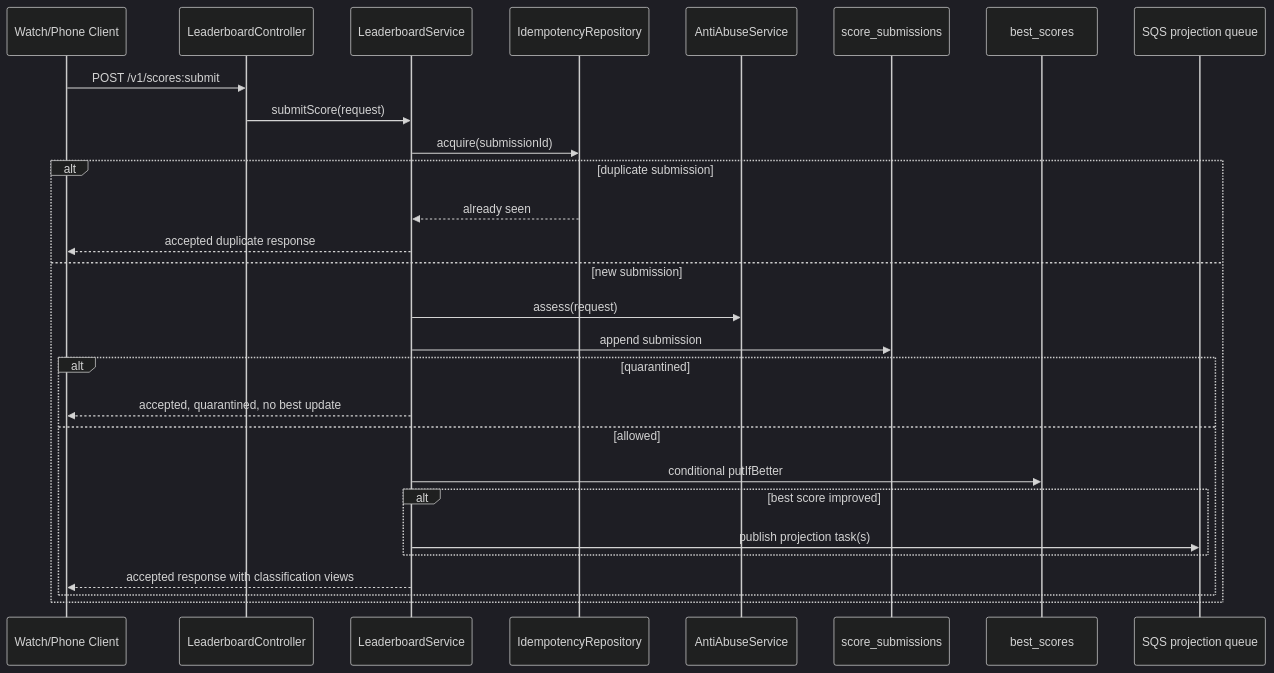
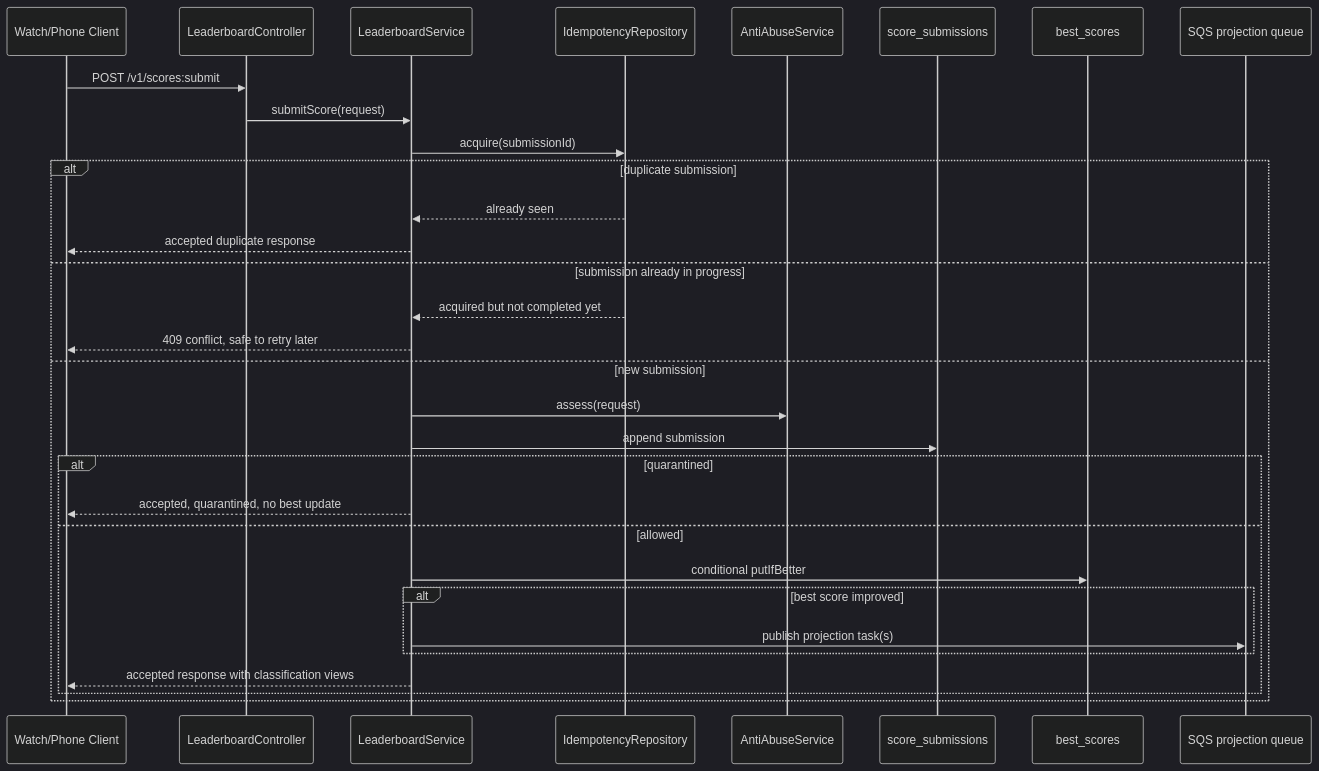
Before and after one commit to Fezze/Parallax-Pilot: the second of 5 diagrams in docs/SYSTEM_DESIGN_REVIEW.md, drawn with Mermaid (dark theme). The commit also changed other lines of this file and 26 other files, not shown here.

````diff
--- a/docs/SYSTEM_DESIGN_REVIEW.md
+++ b/docs/SYSTEM_DESIGN_REVIEW.md
@@ -92,31 +92,34 @@
 ```mermaid
 sequenceDiagram
     participant Client as Watch/Phone Client
     participant API as LeaderboardController
     participant Service as LeaderboardService
     participant Idem as IdempotencyRepository
     participant Abuse as AntiAbuseService
     participant Log as score_submissions
     participant Best as best_scores
     participant Queue as SQS projection queue
 
     Client->>API: POST /v1/scores:submit
     API->>Service: submitScore(request)
     Service->>Idem: acquire(submissionId)
     alt duplicate submission
         Idem-->>Service: already seen
         Service-->>Client: accepted duplicate response
+    else submission already in progress
+        Idem-->>Service: acquired but not completed yet
+        Service-->>Client: 409 conflict, safe to retry later
     else new submission
         Service->>Abuse: assess(request)
         Service->>Log: append submission
         alt quarantined
             Service-->>Client: accepted, quarantined, no best update
         else allowed
             Service->>Best: conditional putIfBetter
             alt best score improved
                 Service->>Queue: publish projection task(s)
             end
             Service-->>Client: accepted response with classification views
         end
     end
 ```
````
